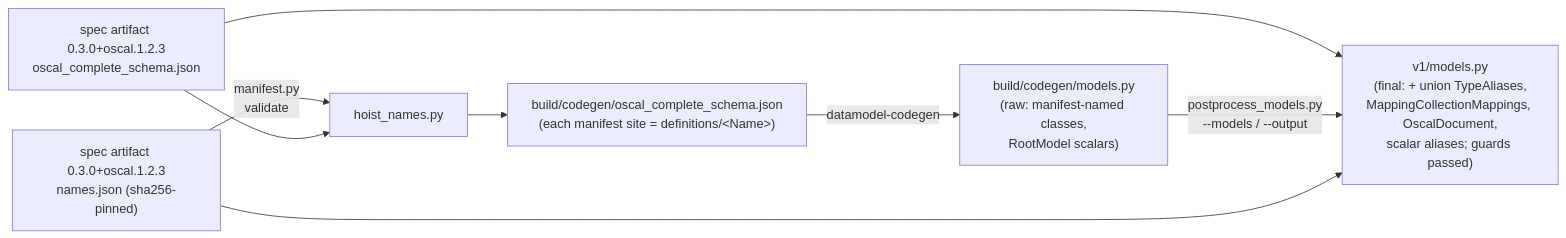
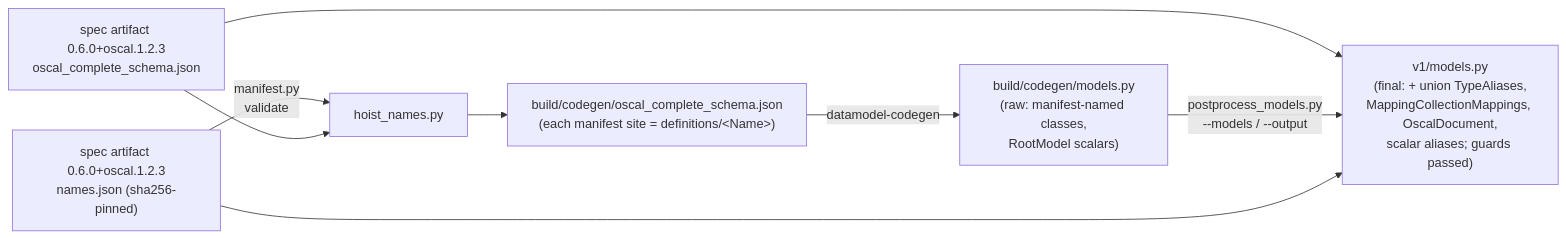
One commit to cairn-proofs/oscal-bindings-python changed the second of 2 diagrams in .agents/summary/architecture.md. Above: the diagram before and after it, drawn with Mermaid. The commit also changed other lines of this file and 23 other files, not shown here.

First line of the commit message:
Move the spec pin to 0.6.0+oscal.1.2.3 and document the JSON limits (#35) (#37)

````diff
--- a/.agents/summary/architecture.md
+++ b/.agents/summary/architecture.md
@@ -82,10 +82,10 @@
 ```mermaid
 flowchart LR
-    N["spec artifact 0.3.0+oscal.1.2.3<br/>names.json (sha256-pinned)"] -->|"manifest.py<br/>validate"| H
-    A["spec artifact 0.3.0+oscal.1.2.3<br/>oscal_complete_schema.json"] --> H["hoist_names.py"]
+    N["spec artifact 0.6.0+oscal.1.2.3<br/>names.json (sha256-pinned)"] -->|"manifest.py<br/>validate"| H
+    A["spec artifact 0.6.0+oscal.1.2.3<br/>oscal_complete_schema.json"] --> H["hoist_names.py"]
     A --> C
     H --> HS["build/codegen/oscal_complete_schema.json<br/>(each manifest site = definitions/&lt;Name&gt;)"]
     HS -->|"datamodel-codegen"| B["build/codegen/models.py<br/>(raw: manifest-named classes,<br/>RootModel scalars)"]
     B -->|"postprocess_models.py<br/>--models / --output"| C["v1/models.py<br/>(final: + union TypeAliases,<br/>MappingCollectionMappings, OscalDocument,<br/>scalar aliases; guards passed)"]
     N --> C
 ```
````
